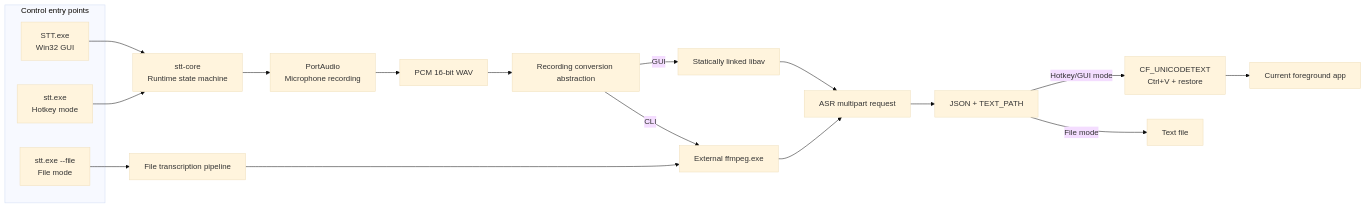
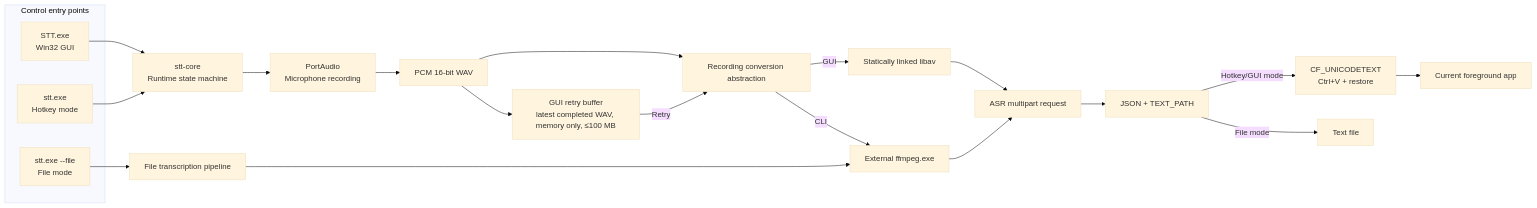
Before and after one commit to Joey-Kot/STT-for-Windows: the first of 3 diagrams in README.md, drawn with Mermaid (base theme). The commit also changed other lines of this file and 5 other files, not shown here.

````diff
--- a/README.md
+++ b/README.md
@@ -61,28 +64,30 @@
 ```mermaid
 flowchart LR
     subgraph Entry["Control entry points"]
         GUI["STT.exe<br/>Win32 GUI"]
         CLI["stt.exe<br/>Hotkey mode"]
         FileMode["stt.exe --file<br/>File mode"]
     end
 
     GUI --> Runtime["stt-core<br/>Runtime state machine"]
     CLI --> Runtime
     FileMode --> FilePipeline["File transcription pipeline"]
 
     Runtime --> Recorder["PortAudio<br/>Microphone recording"]
     Recorder --> WAV["PCM 16-bit WAV"]
 
     WAV --> Convert["Recording conversion abstraction"]
+    WAV --> RetryBuffer["GUI retry buffer<br/>latest completed WAV, memory only, ≤100 MB"]
+    RetryBuffer -->|Retry| Convert
     Convert -->|GUI| LibAv["Statically linked libav"]
     Convert -->|CLI| FFmpeg["External ffmpeg.exe"]
     FilePipeline --> FFmpeg
 
     LibAv --> Request["ASR multipart request"]
     FFmpeg --> Request
     Request --> Extract["JSON + TEXT_PATH"]
 
     Extract -->|Hotkey/GUI mode| Clipboard["CF_UNICODETEXT<br/>Ctrl+V + restore"]
     Clipboard --> App["Current foreground app"]
     Extract -->|File mode| TextFile["Text file"]
 ```
````
